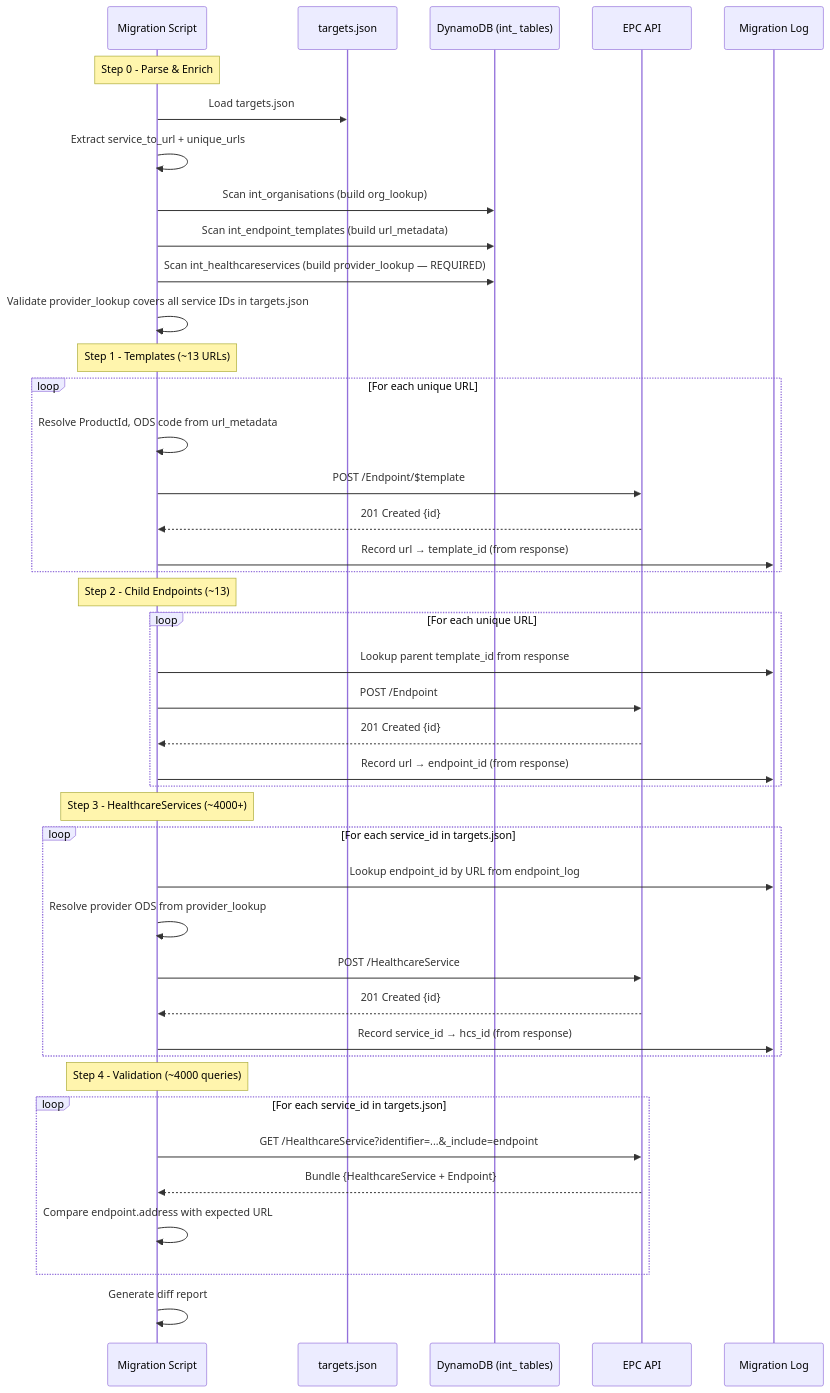
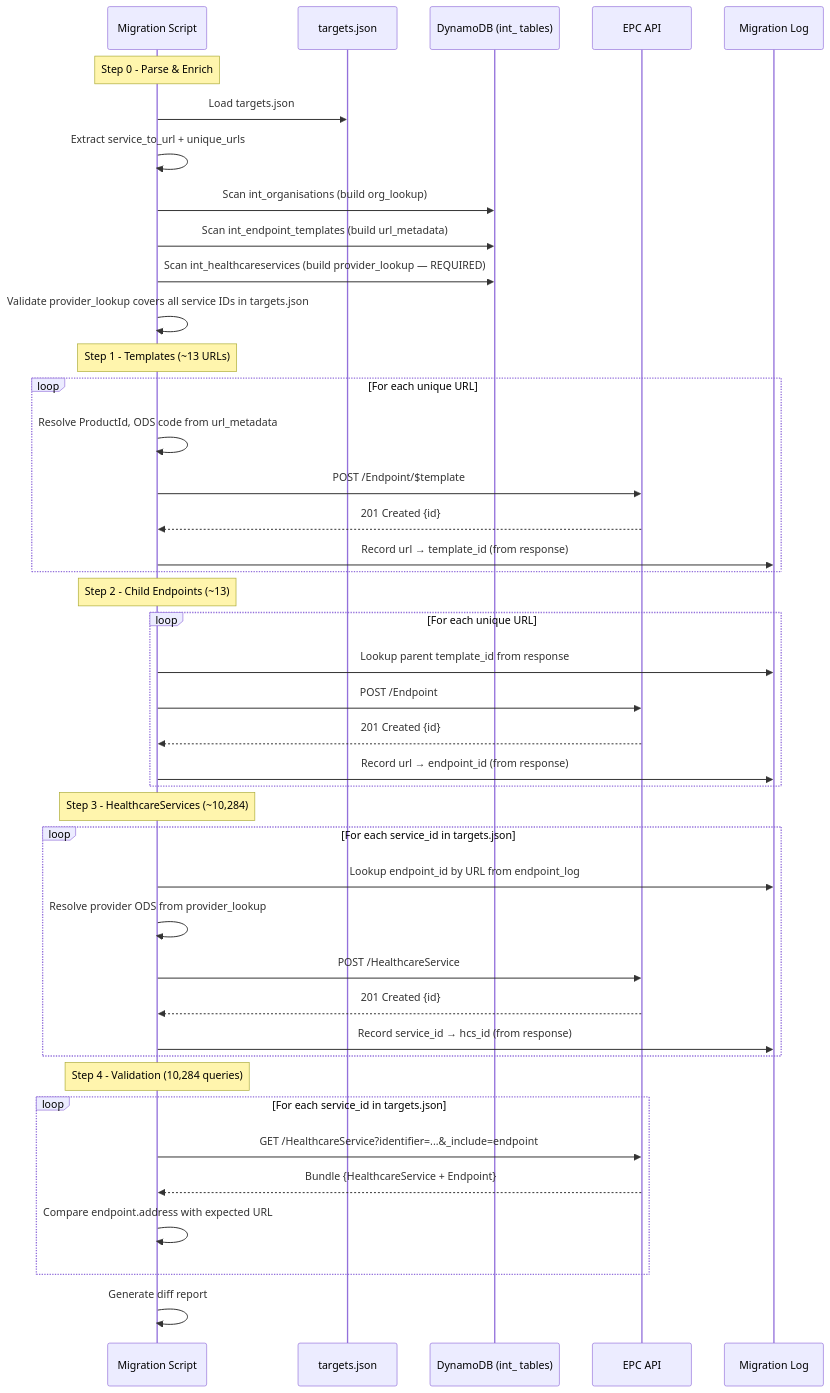
The second of 6 diagrams in Data Migration/Documentation/migration-from-targets-json.md (RichardWardNHSD/epc-work), drawn with Mermaid before and after one commit. The commit also changed other lines of this file, not shown here.

````diff
--- a/Data Migration/Documentation/migration-from-targets-json.md
+++ b/Data Migration/Documentation/migration-from-targets-json.md
@@ -806,49 +806,49 @@
 ```mermaid
 sequenceDiagram
     participant Script as Migration Script
     participant TJ as targets.json
     participant DDB as DynamoDB (int_ tables)
     participant EPC as EPC API
     participant Log as Migration Log
 
     Note over Script: Step 0 - Parse & Enrich
     Script->>TJ: Load targets.json
     Script->>Script: Extract service_to_url + unique_urls
     Script->>DDB: Scan int_organisations (build org_lookup)
     Script->>DDB: Scan int_endpoint_templates (build url_metadata)
     Script->>DDB: Scan int_healthcareservices (build provider_lookup — REQUIRED)
     Script->>Script: Validate provider_lookup covers all service IDs in targets.json
 
     Note over Script: Step 1 - Templates (~13 URLs)
     loop For each unique URL
         Script->>Script: Resolve ProductId, ODS code from url_metadata
         Script->>EPC: POST /Endpoint/$template
         EPC-->>Script: 201 Created {id}
         Script->>Log: Record url → template_id (from response)
     end
 
     Note over Script: Step 2 - Child Endpoints (~13)
     loop For each unique URL
         Script->>Log: Lookup parent template_id from response
         Script->>EPC: POST /Endpoint
         EPC-->>Script: 201 Created {id}
         Script->>Log: Record url → endpoint_id (from response)
     end
 
-    Note over Script: Step 3 - HealthcareServices (~4000+)
+    Note over Script: Step 3 - HealthcareServices (~10,284)
     loop For each service_id in targets.json
         Script->>Log: Lookup endpoint_id by URL from endpoint_log
         Script->>Script: Resolve provider ODS from provider_lookup
         Script->>EPC: POST /HealthcareService
         EPC-->>Script: 201 Created {id}
         Script->>Log: Record service_id → hcs_id (from response)
     end
 
-    Note over Script: Step 4 - Validation (~4000 queries)
+    Note over Script: Step 4 - Validation (10,284 queries)
     loop For each service_id in targets.json
         Script->>EPC: GET /HealthcareService?identifier=...&_include=endpoint
         EPC-->>Script: Bundle {HealthcareService + Endpoint}
         Script->>Script: Compare endpoint.address with expected URL
     end
     Script->>Script: Generate diff report
 ```
````
